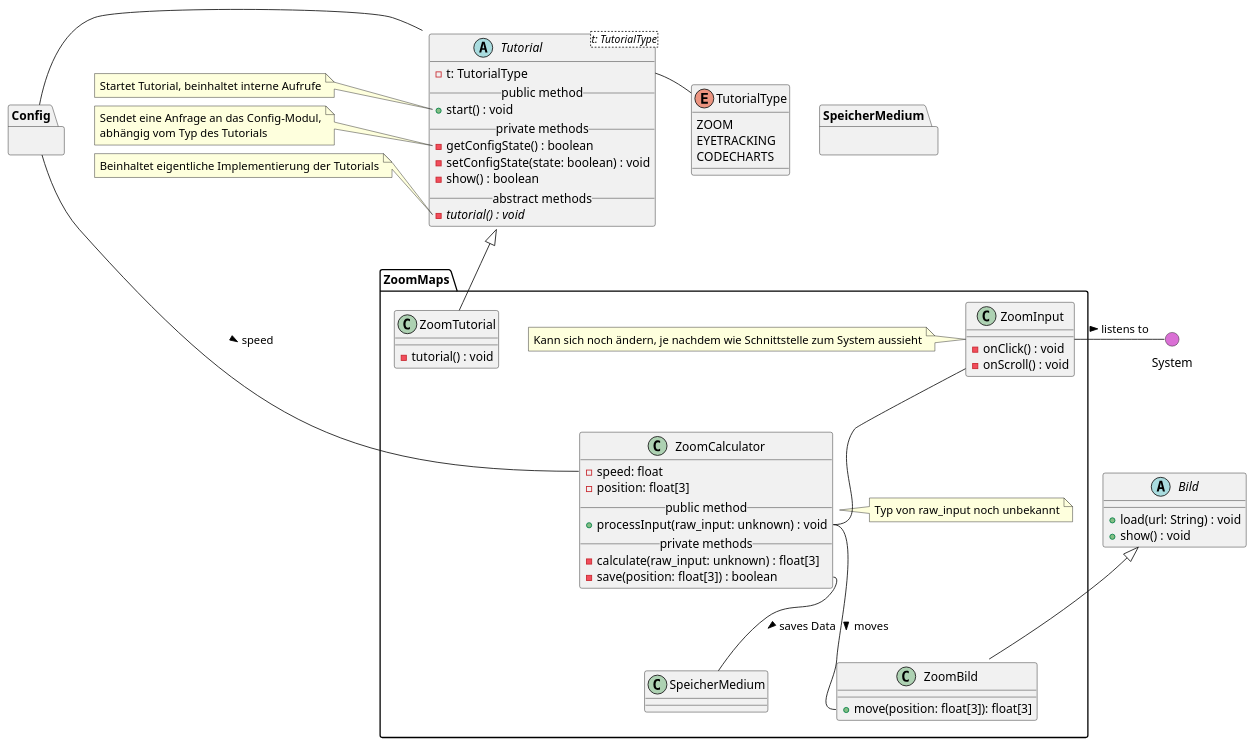
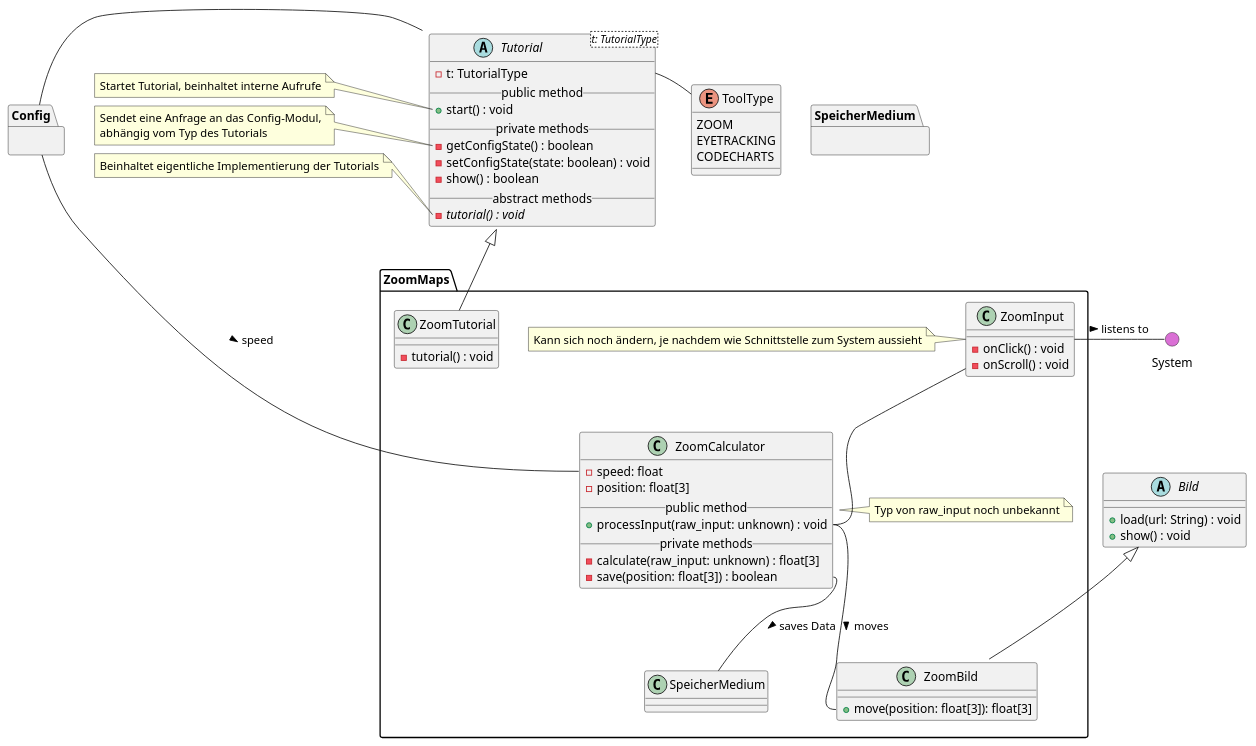
Before and after one commit to weichware10/meilensteine: the diagram in meilenstein_03/uml-zoommaps/kommentiert/zoommaps-notes.puml, drawn with PlantUML.

```diff
--- a/meilenstein_03/uml-zoommaps/kommentiert/zoommaps-notes.puml
+++ b/meilenstein_03/uml-zoommaps/kommentiert/zoommaps-notes.puml
@@ -1,110 +1,110 @@
 @startuml zoommaps
 ' skinparam backgroundColor transparent
 () System #DA70D5
 top to bottom direction
 
 ' --- TUTORIAL ---
 abstract Tutorial<t: TutorialType> {
   - t: TutorialType
   __public method__
   + start() : void
   __private methods__
   - getConfigState() : boolean
   - setConfigState(state: boolean) : void
   - show() : boolean
   __abstract methods__
   - {abstract} tutorial() : void
 }
 
-enum TutorialType {
+enum ToolType {
   ZOOM
   EYETRACKING
   CODECHARTS
 }
 
 ' Notes
 note left of Tutorial::start
     Startet Tutorial, beinhaltet interne Aufrufe
 end note
 note left of Tutorial::getConfigState
     Sendet eine Anfrage an das Config-Modul,
     abhängig vom Typ des Tutorials
 end note
 note left of Tutorial::tutorial
     Beinhaltet eigentliche Implementierung der Tutorials
 end note
 
 ' Interaktionen
-Tutorial::t -r- TutorialType
+Tutorial::t -r- ToolType
 Tutorial -l- Config
 
 
 ' --- BILD ---
 
 abstract Bild {
   + load(url: String) : void
   + show() : void
 }
 
 ' === ZOOM MAPS ===
 package ZoomMaps {
 
     ' Zoom Input
     class ZoomInput {
         - onClick() : void
         - onScroll() : void
     }
 
     ' Notiz
     note left of ZoomInput
         Kann sich noch ändern, je nachdem wie Schnittstelle zum System aussieht
     end note
 
     ' Zoom Tutorial 
     class ZoomTutorial {
         - tutorial() : void
     }
   
     ' Zoom Calculator
     class ZoomCalculator {
         - speed: float
         - position: float[3]
         __public method__
         + processInput(raw_input: unknown) : void
         __private methods__
         - calculate(raw_input: unknown) : float[3]
         - save(position: float[3]) : boolean
     }
 
     ' Notiz
     note right of ZoomCalculator
         Typ von raw_input noch unbekannt
     end note
 
     ' Zoom Bild
     class ZoomBild {
         + move(position: float[3]): float[3]
     }
 
 
     ' Vererbungen
     Bild <|-- ZoomBild
     Tutorial <|-- ZoomTutorial
 
     ' Interaktionen
     ZoomInput -- ZoomCalculator::processInput
     ZoomCalculator::processInput  -- ZoomBild::move : > moves
 
     ' Andere Module
     ZoomCalculator::save -- SpeicherMedium : > saves Data
     ZoomCalculator::speed -l- Config : < speed
     ZoomInput -r- System : > listens to
   
 }
 
 ' Blackboxen / Andere Module
 package Config {}
 
 package SpeicherMedium {}
 
 @enduml
```
